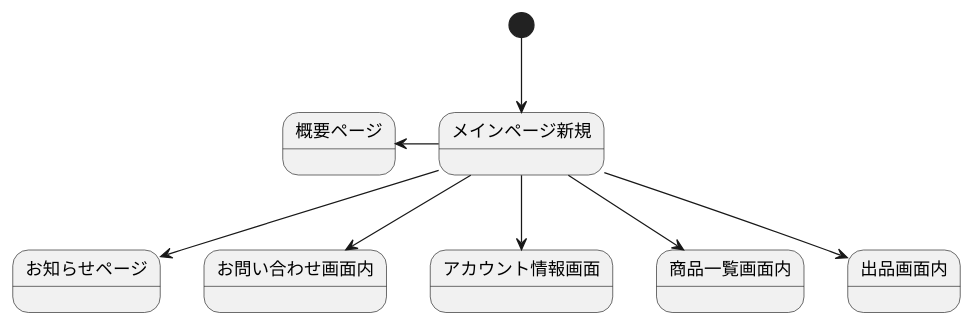
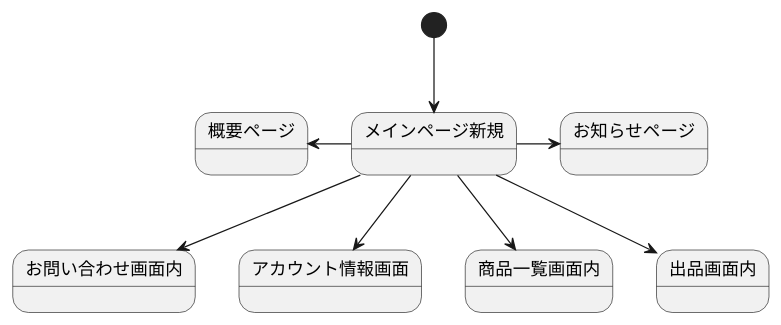
The diagram in 画面遷移図ログイン.md (Aso2001147/2021SystemDesign), drawn with PlantUML before and after one commit.

````diff
--- a/画面遷移図ログイン.md
+++ b/画面遷移図ログイン.md
@@ -1,11 +1,11 @@
 ```uml
 @startuml
 [*] --> メインページ新規
 メインページ新規 -left-> 概要ページ
-メインページ新規 --> お知らせページ
+メインページ新規 -right-> お知らせページ
 メインページ新規 --> お問い合わせ画面内
 メインページ新規 --> アカウント情報画面
 メインページ新規 --> 商品一覧画面内
 メインページ新規 --> 出品画面内
 @enduml
 ```
````
